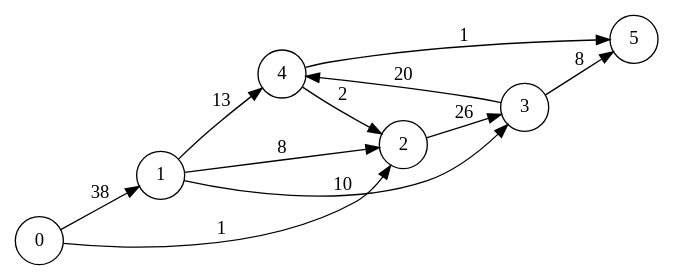
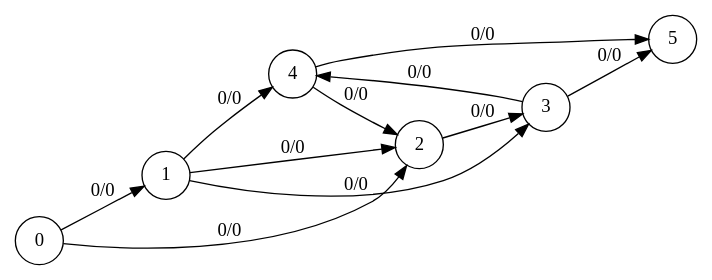
The diagram in graphs/graph7.dot (aurelienmichaud/ocaml-ford-fulkerson), drawn with Graphviz before and after one commit. The commit also changed 23 other files, not shown here.

Commit message:
repair export and tested flownet svg on flownet10

```diff
--- a/graphs/graph7.dot
+++ b/graphs/graph7.dot
@@ -1,15 +1,14 @@
 digraph finite_state_machine {
 	rankdir=LR;
-	size="8,5"
 	node [shape = circle];
-	4 -> 2 [ label = "2" ];
-	4 -> 5 [ label = "1" ];
-	1 -> 2 [ label = "8" ];
-	1 -> 3 [ label = "10" ];
-	1 -> 4 [ label = "13" ];
-	0 -> 1 [ label = "38" ];
-	0 -> 2 [ label = "1" ];
-	2 -> 3 [ label = "26" ];
-	3 -> 4 [ label = "20" ];
-	3 -> 5 [ label = "8" ];
+	4 -> 2 [ label = "0/0" ];
+	4 -> 5 [ label = "0/0" ];
+	1 -> 2 [ label = "0/0" ];
+	1 -> 3 [ label = "0/0" ];
+	1 -> 4 [ label = "0/0" ];
+	0 -> 1 [ label = "0/0" ];
+	0 -> 2 [ label = "0/0" ];
+	2 -> 3 [ label = "0/0" ];
+	3 -> 4 [ label = "0/0" ];
+	3 -> 5 [ label = "0/0" ];
 }
```
